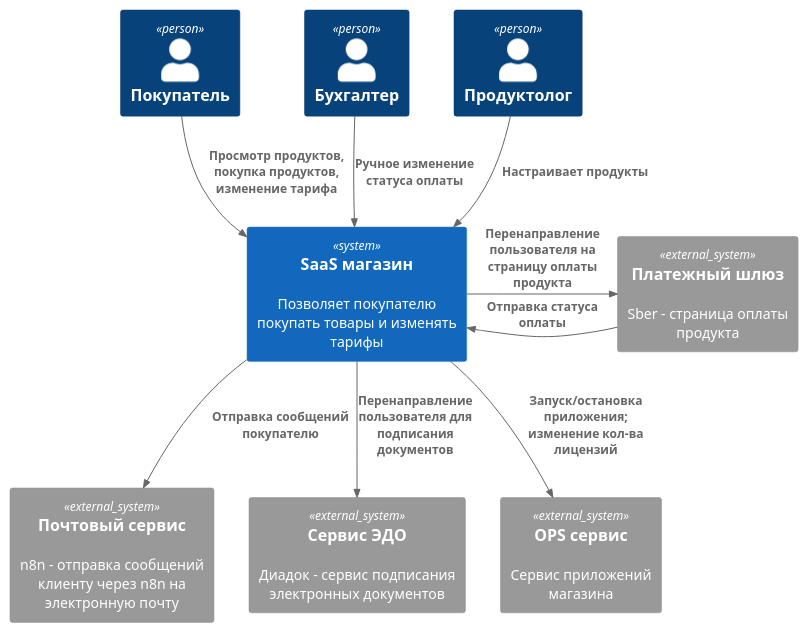
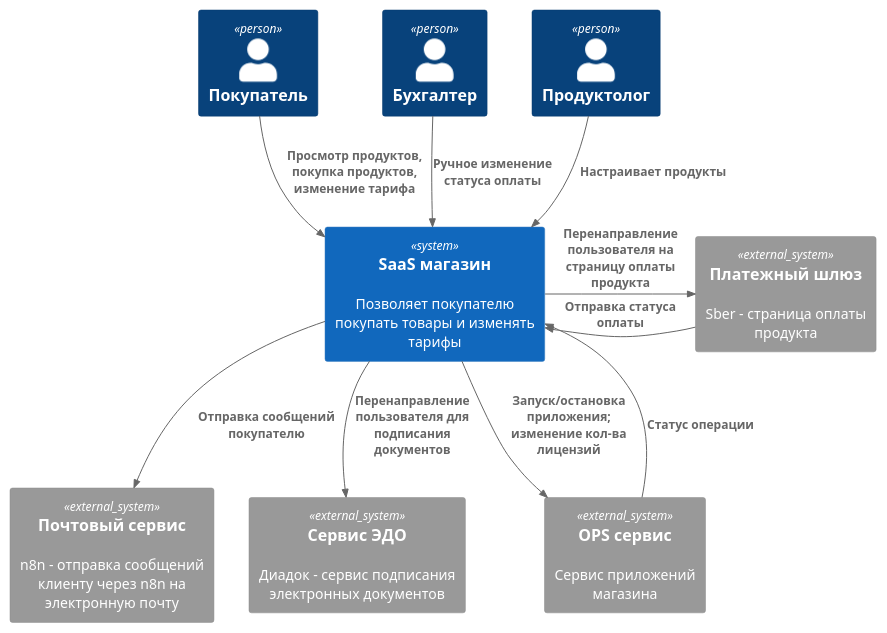
Before and after one commit to kelvionald/saas-shop: the diagram in docs/c4/1.context.puml, drawn with PlantUML.

```diff
--- a/docs/c4/1.context.puml
+++ b/docs/c4/1.context.puml
@@ -1,27 +1,28 @@
 @startuml
 !include https://raw.githubusercontent.com/plantuml-stdlib/C4-PlantUML/master/C4_Context.puml
 
 AddElementTag("fallback", $bgColor="#444444")
 
 
 Person(user_customer, "Покупатель")
 Person(user_accountant, "Бухгалтер")
 Person(user_programmer, "Продуктолог")
 
 System(system_shop, "SaaS магазин", "Позволяет покупателю покупать товары и изменять тарифы")
 
 System_Ext(system_email, "Почтовый сервис", "n8n - отправка сообщений клиенту через n8n на электронную почту")
 System_Ext(system_bank, "Платежный шлюз", "Sber - страница оплаты продукта")
 System_Ext(system_docs, "Сервис ЭДО", "Диадок - сервис подписания электронных документов")
 System_Ext(system_ops, "OPS сервис", "Сервис приложений магазина")
 
 Rel(user_customer, system_shop, "Просмотр продуктов, покупка продуктов, изменение тарифа")
 Rel(user_accountant, system_shop, "Ручное изменение статуса оплаты")
 Rel(user_programmer, system_shop, "Настраивает продукты")
 Rel(system_shop, system_email, "Отправка сообщений покупателю")
 Rel_R(system_shop, system_bank, "Перенаправление пользователя на страницу оплаты продукта")
 Rel_R(system_bank, system_shop, "Отправка статуса оплаты")
 Rel(system_shop, system_docs, "Перенаправление пользователя для подписания документов")
 Rel(system_shop, system_ops, "Запуск/остановка приложения; изменение кол-ва лицензий")
+Rel(system_ops, system_shop, "Статус операции")
 
 @enduml
```
